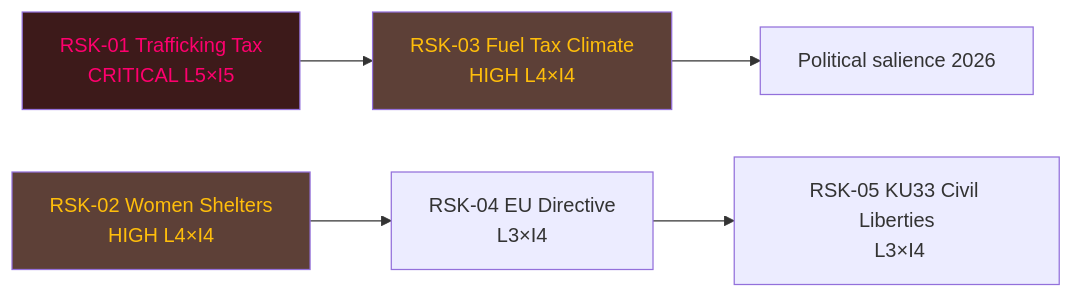
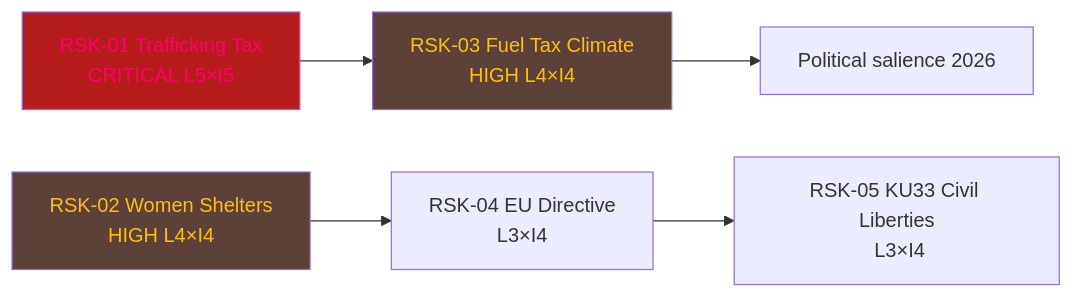
One commit to Hack23/riksdagsmonitor changed the third of 3 diagrams in analysis/daily/2026-04-17/evening-analysis/risk-assessment.md. Above: the diagram before and after it, drawn with Mermaid. The commit also changed 121 other files, not shown here.

````diff
--- a/analysis/daily/2026-04-17/evening-analysis/risk-assessment.md
+++ b/analysis/daily/2026-04-17/evening-analysis/risk-assessment.md
@@ -82,11 +82,11 @@
 ```mermaid
 graph LR
     R01["RSK-01 Trafficking Tax\n CRITICAL L5×I5"] --> R03["RSK-03 Coalition Ethics\n reputational damage"]
     R02["RSK-02 Women Shelters\n HIGH L4×I4"] --> R04["RSK-04 EU Directive\n L3×I4"]
     R04 --> R05["RSK-05 KU33 Civil Liberties\n L3×I4"]
     R03["RSK-03 Fuel Tax Climate\n HIGH L4×I4"] --> R08["Political salience 2026"]
     
-    style R01 fill:#3d1a1a,color:#ff006e
+    style R01 fill:#B71C1C,color:#ff006e
     style R02 fill:#5D4037,color:#ffbe0b
     style R03 fill:#5D4037,color:#ffbe0b
 ```
````
